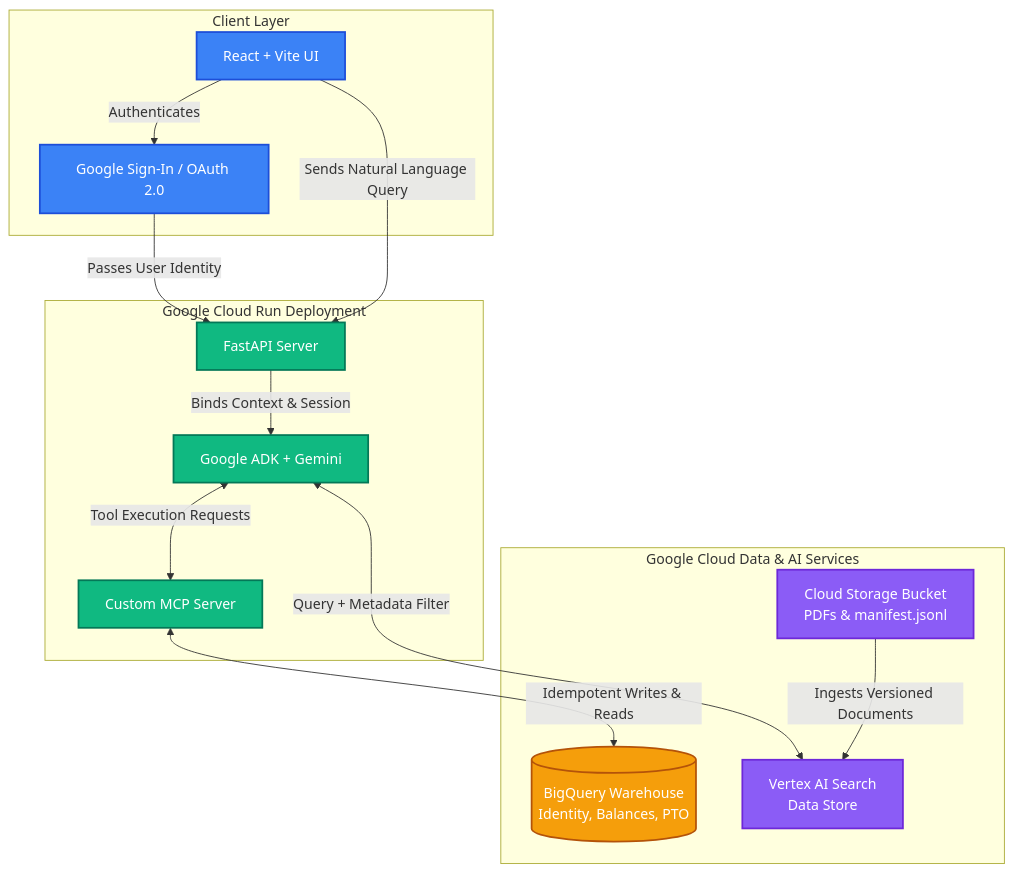
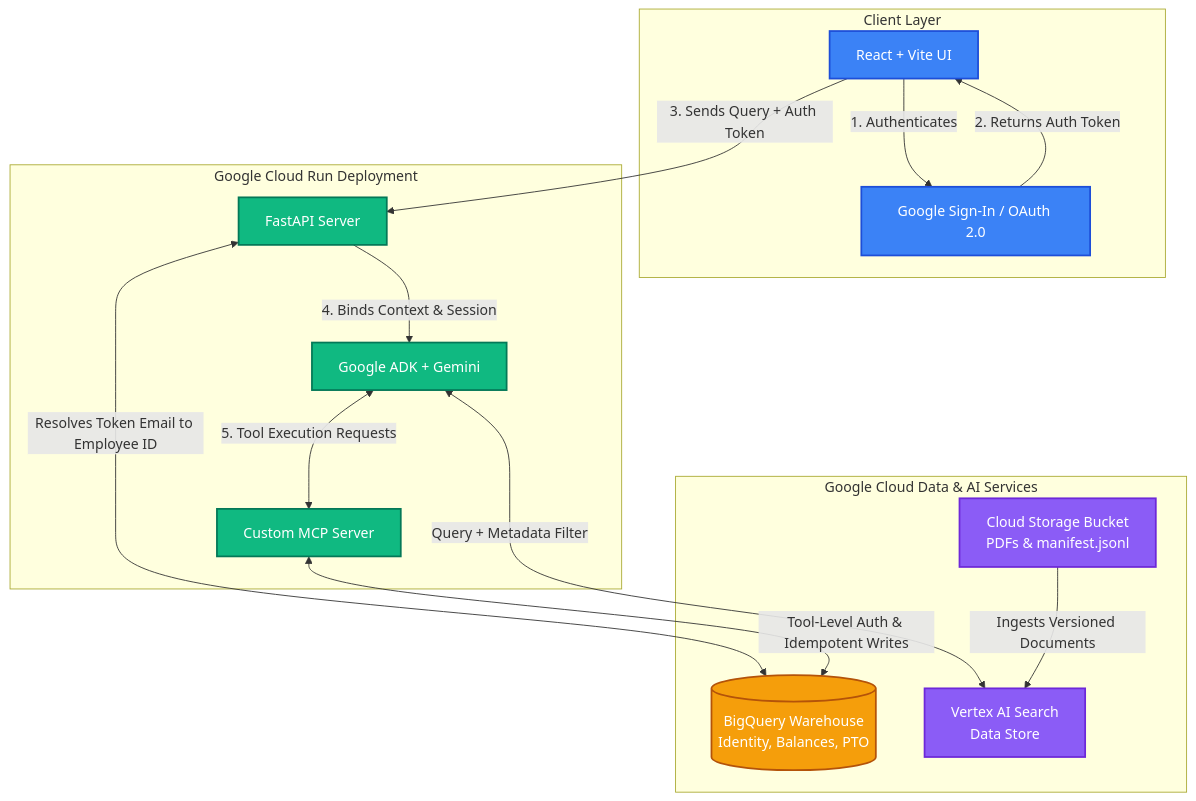
One commit to shreyas-reddy18/zcs-assessment changed the diagram in README.md. Above: the diagram before and after it, drawn with Mermaid. The commit also changed other lines of this file, not shown here.

Commit message:
Edits made to README.md

````diff
--- a/README.md
+++ b/README.md
@@ -18,35 +17,36 @@
 ```mermaid
 graph TD
     %% Define Styles
     classDef frontend fill:#3b82f6,stroke:#1d4ed8,stroke-width:2px,color:#fff
     classDef backend fill:#10b981,stroke:#047857,stroke-width:2px,color:#fff
     classDef data fill:#f59e0b,stroke:#b45309,stroke-width:2px,color:#fff
     classDef gcp fill:#8b5cf6,stroke:#6d28d9,stroke-width:2px,color:#fff
 
     subgraph Client [Client Layer]
         UI[React + Vite UI]:::frontend
         Auth[Google Sign-In / OAuth 2.0]:::frontend
-        UI -->|Authenticates| Auth
+        UI -->|1. Authenticates| Auth
+        Auth -->|2. Returns Auth Token| UI
     end
 
     subgraph CloudRun [Google Cloud Run Deployment]
         API[FastAPI Server]:::backend
         Agent[Google ADK + Gemini]:::backend
         MCP[Custom MCP Server]:::backend
         
-        Auth -->|Passes User Identity| API
-        UI -->|Sends Natural Language Query| API
-        API -->|Binds Context & Session| Agent
-        Agent <-->|Tool Execution Requests| MCP
+        UI -->|3. Sends Query + Auth Token| API
+        API -->|4. Binds Context & Session| Agent
+        Agent <-->|5. Tool Execution Requests| MCP
     end
 
     subgraph GCP [Google Cloud Data & AI Services]
         BQ[(BigQuery Warehouse\nIdentity, Balances, PTO)]:::data
         Vertex[Vertex AI Search\nData Store]:::gcp
         GCS[Cloud Storage Bucket\nPDFs & manifest.jsonl]:::gcp
         
-        MCP <-->|Idempotent Writes & Reads| BQ
+        API <-->|Resolves Token Email to Employee ID| BQ
+        MCP <-->|Tool-Level Auth & Idempotent Writes| BQ
         Agent <-->|Query + Metadata Filter| Vertex
         GCS -->|Ingests Versioned Documents| Vertex
     end
 ```
````
